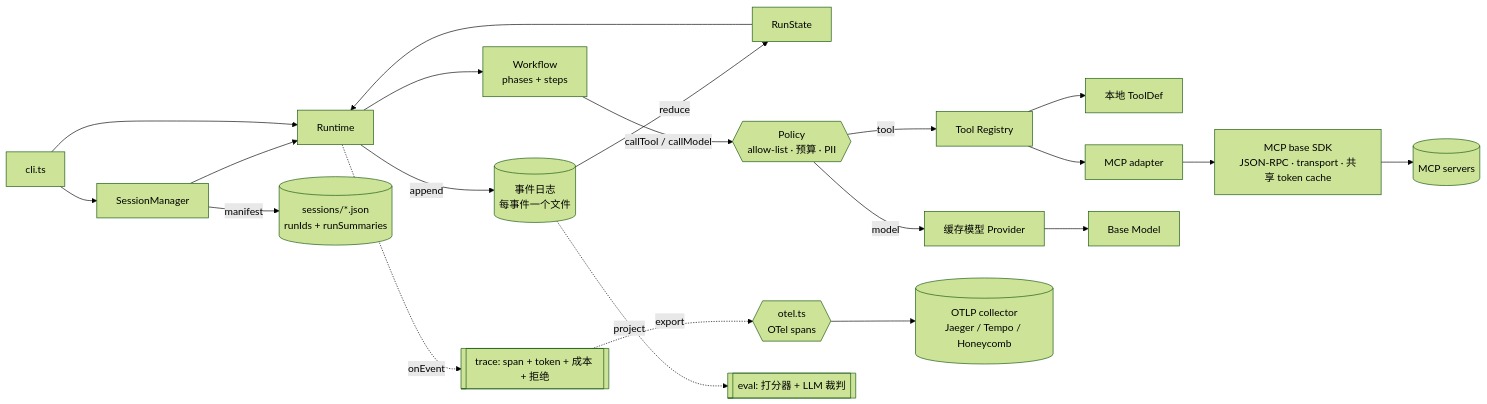
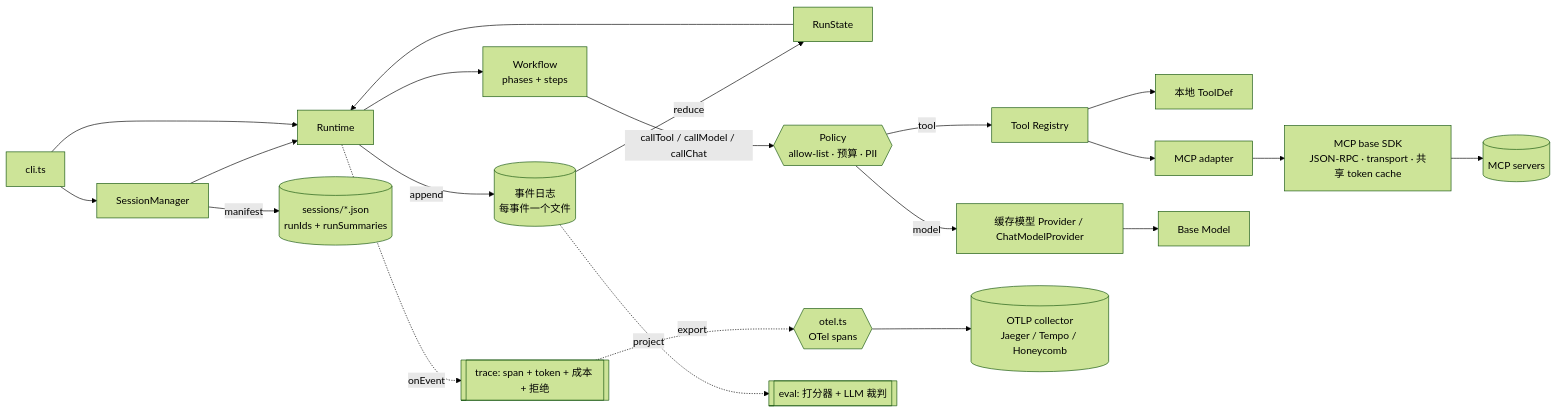
One commit to yanzhe-luomoyuyi/agent-runtime changed the diagram in durable-agent-runtime/README.md. Above: the diagram before and after it, drawn with Mermaid (forest theme). The commit also changed other lines of this file and 11 other files, not shown here.

First line of the commit message:
Expose durable callChat and library exports for external hosts.

````diff
--- a/durable-agent-runtime/README.md
+++ b/durable-agent-runtime/README.md
@@ -26,19 +26,19 @@
 ```mermaid
 flowchart LR
     CLI[cli.ts] --> SESS[SessionManager] --> RT[Runtime]
     CLI --> RT
     RT -->|append| LOG[(事件日志<br/>每事件一个文件)]
     LOG -->|reduce| ST[RunState]
     ST --> RT
     SESS -->|manifest| SMF[(sessions/*.json<br/>runIds + runSummaries)]
     RT --> WF[Workflow<br/>phases + steps]
-    WF -->|callTool / callModel| POL{{Policy<br/>allow-list · 预算 · PII}}
+    WF -->|callTool / callModel / callChat| POL{{Policy<br/>allow-list · 预算 · PII}}
     POL -->|tool| TR[Tool Registry]
-    POL -->|model| MP[缓存模型 Provider]
+    POL -->|model| MP[缓存模型 Provider / ChatModelProvider]
     TR --> LOCAL[本地 ToolDef]
     TR --> ADP[MCP adapter] --> SDK["MCP base SDK<br/>JSON-RPC · transport · 共享 token cache"] --> SRV[(MCP servers)]
     MP --> BASE[Base Model]
     RT -.onEvent.-> OBS[[trace: span + token + 成本 + 拒绝]]
     OBS -.export.-> OTEL{{otel.ts<br/>OTel spans}} --> COLLECTOR[(OTLP collector<br/>Jaeger / Tempo / Honeycomb)]
     LOG -.project.-> EVAL[[eval: 打分器 + LLM 裁判]]
 ```
````
